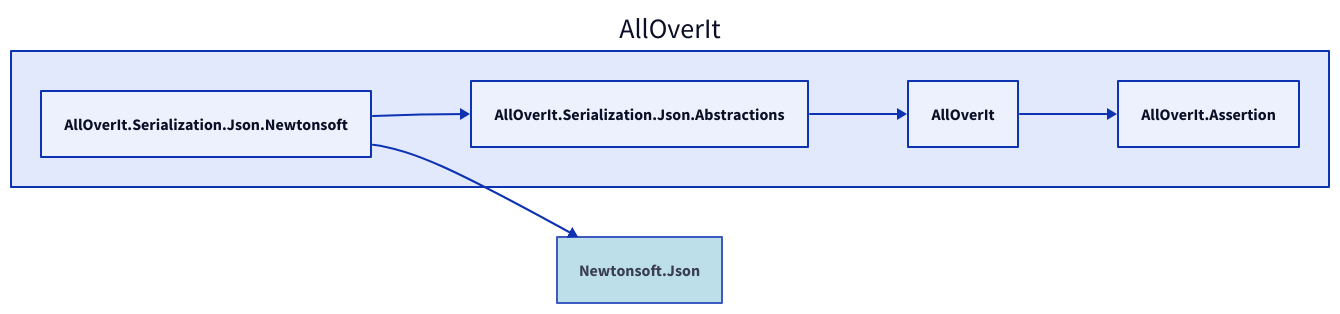
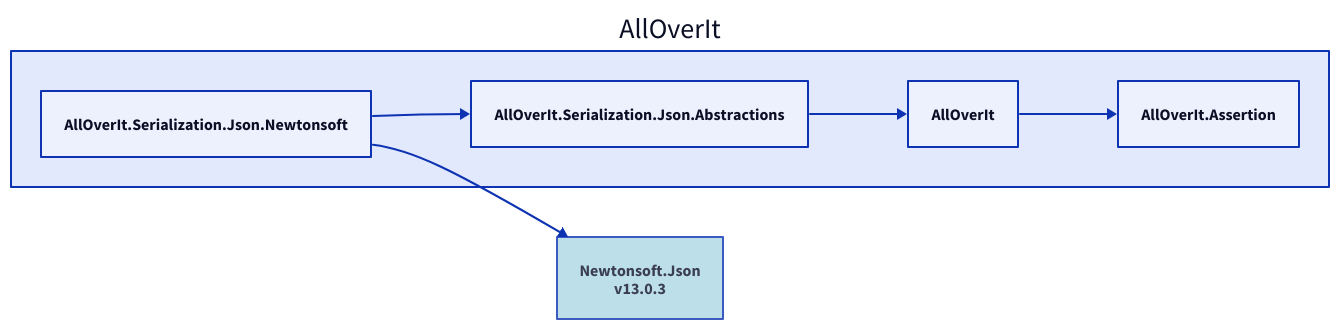
One commit to nickathone/AllOverIt changed the diagram in Docs/Dependencies/alloverit-serialization-json-newtonsoft.d2. Above: the diagram before and after it, drawn with D2. The commit also changed 62 other files, not shown here.

```diff
--- a/Docs/Dependencies/alloverit-serialization-json-newtonsoft.d2
+++ b/Docs/Dependencies/alloverit-serialization-json-newtonsoft.d2
@@ -1,14 +1,14 @@
 direction: right
 
 aoi: AllOverIt
 aoi.alloverit-serialization-json-newtonsoft: AllOverIt.Serialization.Json.Newtonsoft
-newtonsoft-json: Newtonsoft.Json
-newtonsoft-json.style.fill: "#ADD8E6"
-newtonsoft-json.style.opacity: 0.8
-newtonsoft-json <- aoi.alloverit-serialization-json-newtonsoft
+newtonsoft-json_13-0-3: Newtonsoft.Json\nv13.0.3
+newtonsoft-json_13-0-3.style.fill: "#ADD8E6"
+newtonsoft-json_13-0-3.style.opacity: 0.8
+newtonsoft-json_13-0-3 <- aoi.alloverit-serialization-json-newtonsoft
 aoi.alloverit-serialization-json-abstractions: AllOverIt.Serialization.Json.Abstractions
 aoi.alloverit: AllOverIt
 aoi.alloverit-assertion: AllOverIt.Assertion
 aoi.alloverit-assertion <- aoi.alloverit
 aoi.alloverit <- aoi.alloverit-serialization-json-abstractions
 aoi.alloverit-serialization-json-abstractions <- aoi.alloverit-serialization-json-newtonsoft
```
